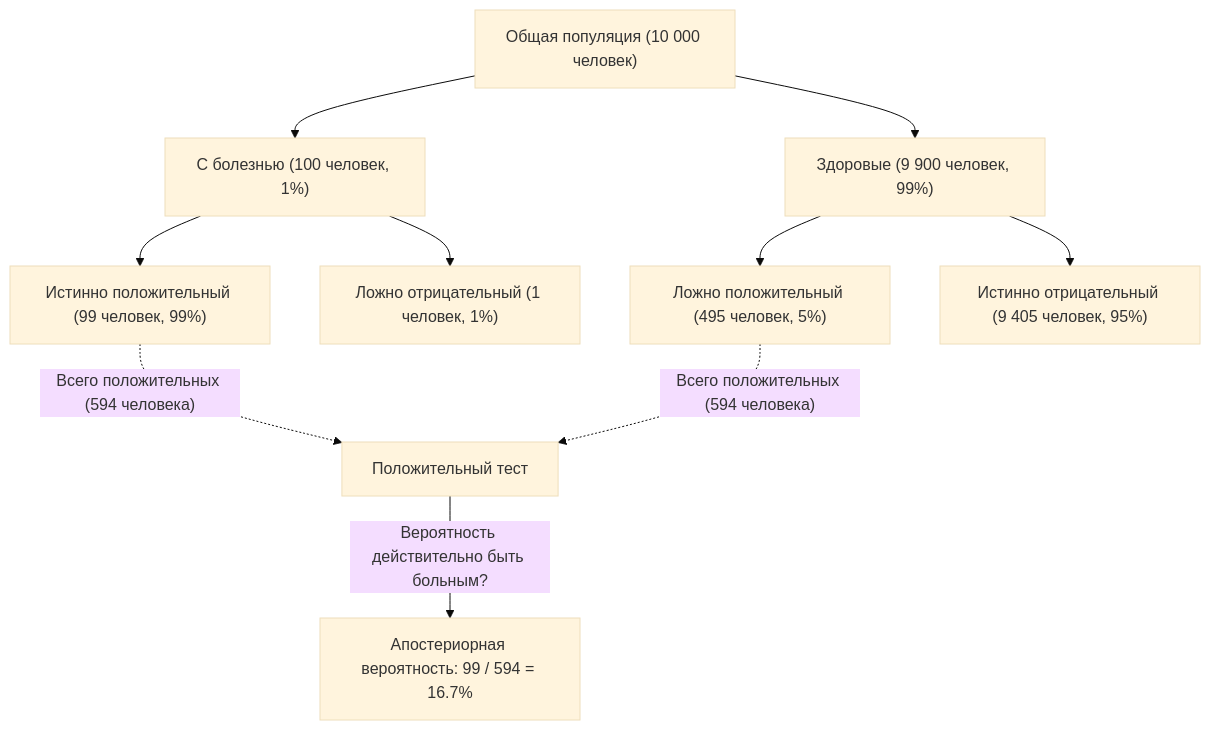
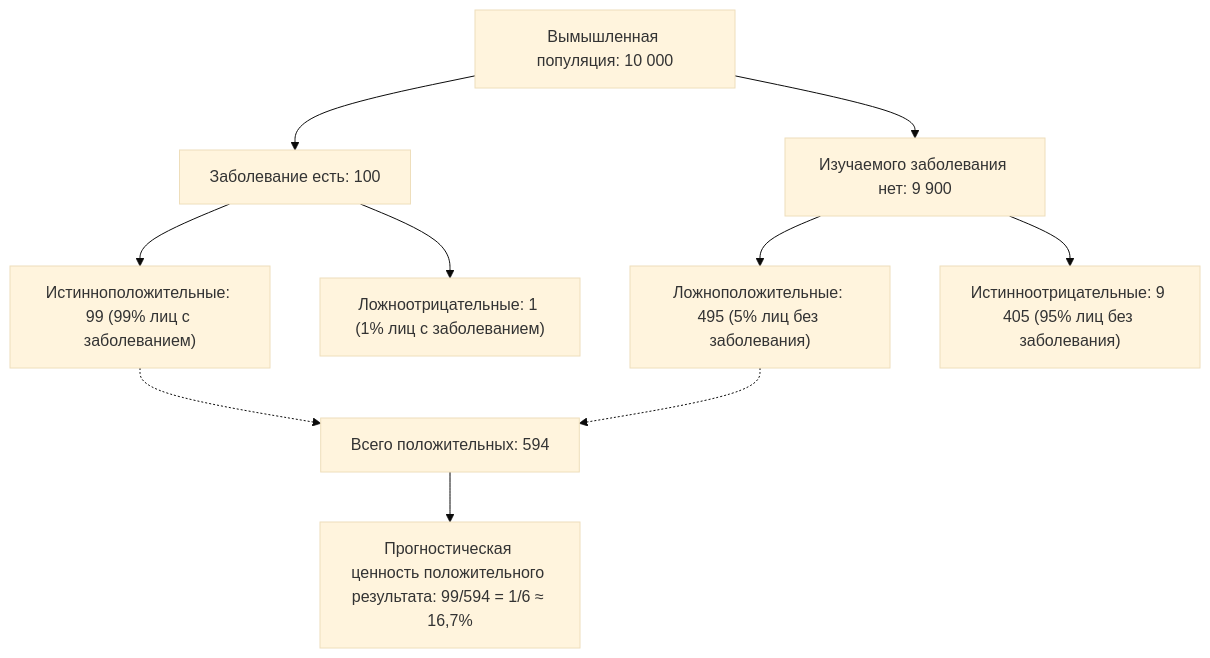
One commit to kenjinote/blog changed the first of 2 diagrams in content/post/bayes-theorem/index.ru.md. Above: the diagram before and after it, drawn with Mermaid (base theme). The commit also changed other lines of this file and 8 other files, not shown here.

````diff
--- a/content/post/bayes-theorem/index.ru.md
+++ b/content/post/bayes-theorem/index.ru.md
@@ -83,16 +114,12 @@
 ```mermaid
 flowchart TD
-    Population["Общая популяция (10 000 человек)"] --> Disease["С болезнью (100 человек, 1%)"]
-    Population --> Healthy["Здоровые (9 900 человек, 99%)"]
-    
-    Disease --> TruePositive["Истинно положительный (99 человек, 99%)"]
-    Disease --> FalseNegative["Ложно отрицательный (1 человек, 1%)"]
-    
-    Healthy --> FalsePositive["Ложно положительный (495 человек, 5%)"]
-    Healthy --> TrueNegative["Истинно отрицательный (9 405 человек, 95%)"]
-
-    TruePositive -.->|"Всего положительных (594 человека)"| AllPositives["Положительный тест"]
-    FalsePositive -.->|"Всего положительных (594 человека)"| AllPositives
-    
-    AllPositives -->|"Вероятность действительно быть больным?"| Posterior["Апостериорная вероятность: 99 / 594 = 16.7%"]
+    Population["Вымышленная популяция: 10 000"] --> Disease["Заболевание есть: 100"]
+    Population --> NoDisease["Изучаемого заболевания нет: 9 900"]
+    Disease --> TP["Истинноположительные: 99 (99% лиц с заболеванием)"]
+    Disease --> FN["Ложноотрицательные: 1 (1% лиц с заболеванием)"]
+    NoDisease --> FP["Ложноположительные: 495 (5% лиц без заболевания)"]
+    NoDisease --> TN["Истинноотрицательные: 9 405 (95% лиц без заболевания)"]
+    TP -.-> AllPositive["Всего положительных: 594"]
+    FP -.-> AllPositive
+    AllPositive --> PPV["Прогностическая ценность положительного результата: 99/594 = 1/6 ≈ 16,7%"]
 ```
````
